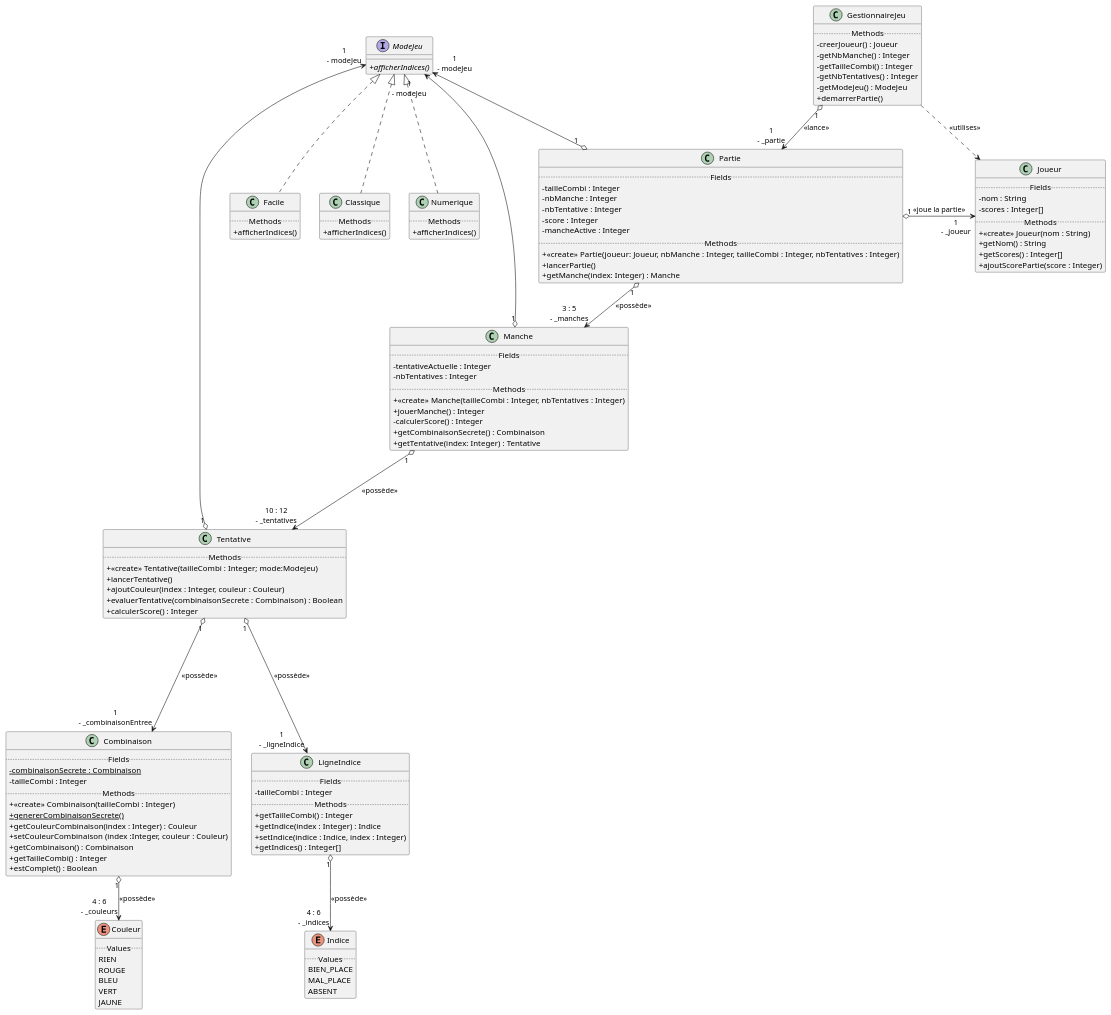
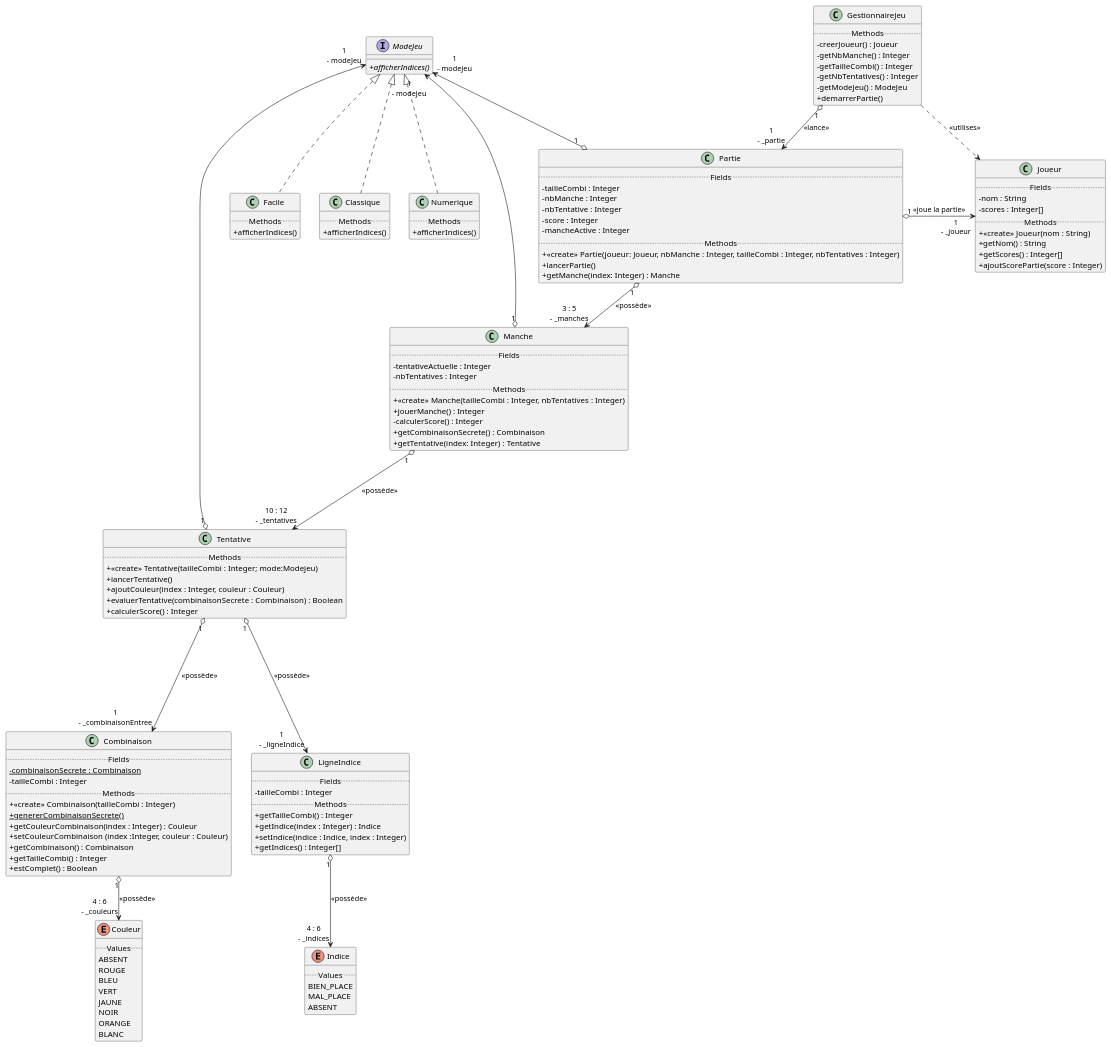
Before and after one commit to DimToups/Mastermind-game: the diagram in uml/DCC.puml, drawn with PlantUML. The commit also changed 2 other files, not shown here.

```diff
--- a/uml/DCC.puml
+++ b/uml/DCC.puml
@@ -1,138 +1,141 @@
     @startuml
     skinparam classAttributeIconSize 0
 
     enum Couleur{
         ..Values..
-        RIEN
+        ABSENT
         ROUGE
         BLEU
         VERT
         JAUNE
+        NOIR
+        ORANGE
+        BLANC
     }
 
     enum Indice {
         ..Values..
         BIEN_PLACE
         MAL_PLACE
         ABSENT
     }
 
     class GestionnaireJeu{
         ..Methods..
         - creerJoueur() : Joueur
         - getNbManche() : Integer
         - getTailleCombi() : Integer
         - getNbTentatives() : Integer
         - getModeJeu() : ModeJeu
         + demarrerPartie()
     }
 
     class Joueur{
         ..Fields..
         - nom : String
         - scores : Integer[]
         ..Methods..
         + <<create>> Joueur(nom : String)
         + getNom() : String
         + getScores() : Integer[]
         + ajoutScorePartie(score : Integer)
     }
 
     class Partie{
         ..Fields..
         - tailleCombi : Integer
         - nbManche : Integer
         - nbTentative : Integer
         - score : Integer
         - mancheActive : Integer
         ..Methods..
         + <<create>> Partie(joueur: Joueur, nbManche : Integer, tailleCombi : Integer, nbTentatives : Integer)
         + lancerPartie()
         + getManche(index: Integer) : Manche
     }
 
     class Manche{
         ..Fields..
         - tentativeActuelle : Integer
         - nbTentatives : Integer
         ..Methods..
         + <<create>> Manche(tailleCombi : Integer, nbTentatives : Integer)
         + jouerManche() : Integer
         - calculerScore() : Integer
         + getCombinaisonSecrete() : Combinaison
         + getTentative(index: Integer) : Tentative
     }
 
     class Tentative{
         ..Methods..
         + <<create>> Tentative(tailleCombi : Integer; mode:Modejeu)
         + lancerTentative()
         + ajoutCouleur(index : Integer, couleur : Couleur)
         + evaluerTentative(combinaisonSecrete : Combinaison) : Boolean
         + calculerScore() : Integer
     }
 
     class Combinaison{
         ..Fields..
         - combinaisonSecrete : Combinaison {static}
         - tailleCombi : Integer
         ..Methods..
         + <<create>> Combinaison(tailleCombi : Integer)
         + genererCombinaisonSecrete() {static}
         + getCouleurCombinaison(index : Integer) : Couleur
         + setCouleurCombinaison (index :Integer, couleur : Couleur)
         + getCombinaison() : Combinaison
         + getTailleCombi() : Integer
         + estComplet() : Boolean
     }
 
     class LigneIndice{
         ..Fields..
         - tailleCombi : Integer
         ..Methods..
         + getTailleCombi() : Integer
         + getIndice(index : Integer) : Indice
         + setIndice(indice : Indice, index : Integer)
         + getIndices() : Integer[]
         '+ finirTentative()
     }
 
     interface ModeJeu{
         + afficherIndices() {abstract}
     }
 
     class Facile implements ModeJeu{
         ..Methods..
         + afficherIndices()
     }
 
     class Classique implements ModeJeu{
         ..Methods..
         + afficherIndices()
     }
 
     class Numerique implements ModeJeu{
         ..Methods..
         + afficherIndices()
     }
 
     Partie "1" o--> "3 : 5\n- _manches" Manche : <<possède>>
     Partie "1" o-> "1\n- _joueur" Joueur : <<joue la partie>>
 
     GestionnaireJeu "1" o--> "1\n- _partie" Partie : <<lance>>
     GestionnaireJeu ..> Joueur : <<utilises>>
 
     Manche "1" o---> "10 : 12\n- _tentatives" Tentative : <<possède>>
 
     Tentative "1" o----> "1\n- _ligneIndice" LigneIndice : <<possède>>
     Tentative "1" o----> "1\n- _combinaisonEntree" Combinaison : <<possède>>
 
     Combinaison "1" o--> "4 : 6\n- _couleurs" Couleur : <<possède>>
 
     LigneIndice "1" o--> "4 : 6\n- _indices" Indice : <<possède>>
 
     ModeJeu "1\n- modeJeu" <--o "1" Partie
     ModeJeu "1\n- modeJeu" <--o "1" Manche
     ModeJeu "1\n- modeJeu" <--o "1" Tentative
 
     @enduml
```
